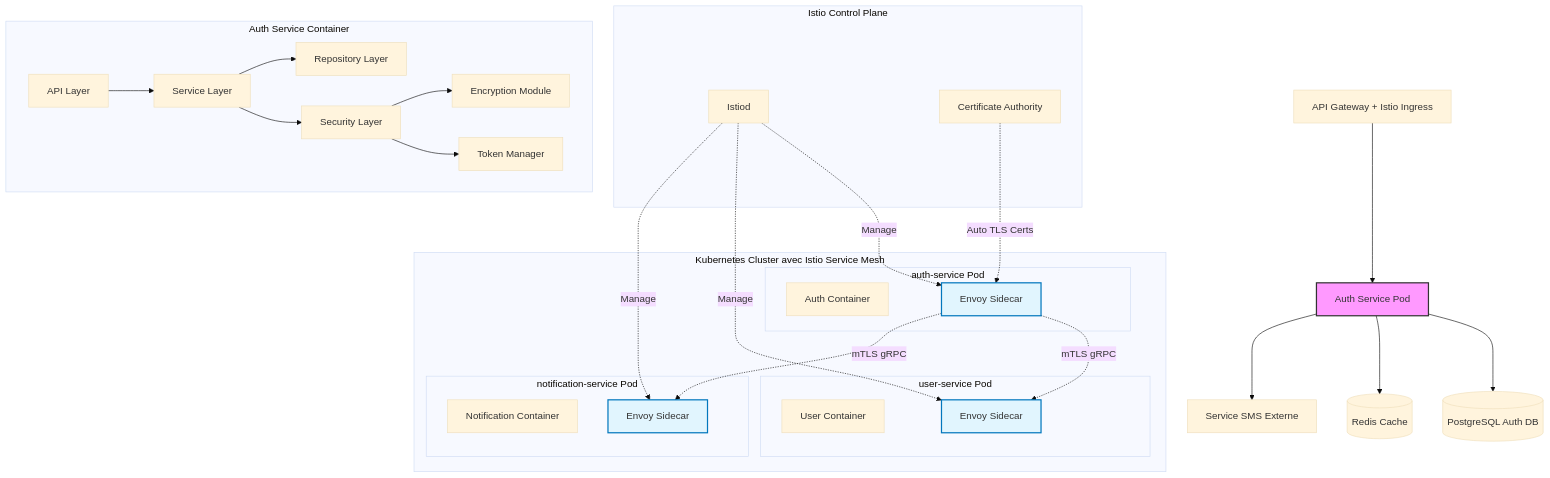
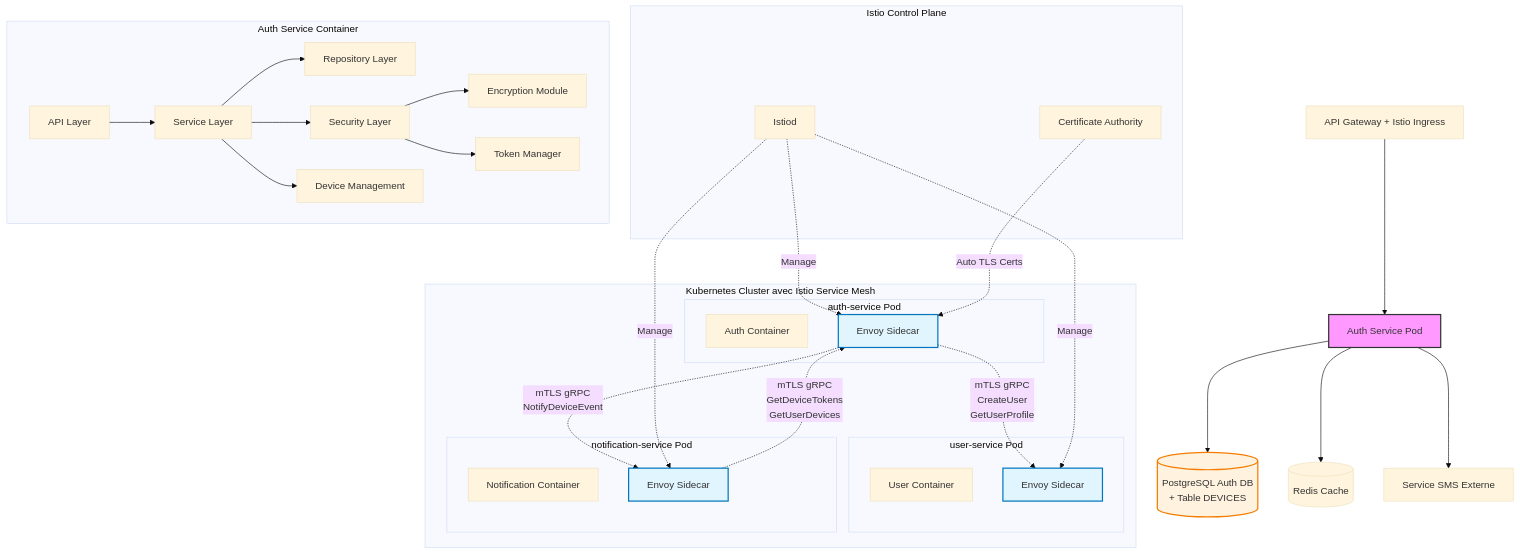
One commit to whispr-messenger/auth-service changed the diagram in documentation/1_architecture/1_system_design.md. Above: the diagram before and after it, drawn with Mermaid (base theme). The commit also changed other lines of this file and 4 other files, not shown here.

Commit message:
📝 Update devices data managed by auth service

````diff
--- a/documentation/1_architecture/1_system_design.md
+++ b/documentation/1_architecture/1_system_design.md
@@ -78,51 +79,54 @@
 ```mermaid
 graph TD
     A[API Gateway + Istio Ingress] --> B[Auth Service Pod]
     
     subgraph "Kubernetes Cluster avec Istio Service Mesh"
         subgraph "auth-service Pod"
             B1[Auth Container] 
             B2[Envoy Sidecar]
         end
         
         subgraph "user-service Pod"
             C1[User Container]
             C2[Envoy Sidecar]
         end
         
         subgraph "notification-service Pod"
             D1[Notification Container]
             D2[Envoy Sidecar]
         end
         
-        B2 -.->|mTLS gRPC| C2
-        B2 -.->|mTLS gRPC| D2
+        B2 -.->|"mTLS gRPC<br/>CreateUser<br/>GetUserProfile"| C2
+        D2 -.->|"mTLS gRPC<br/>GetDeviceTokens<br/>GetUserDevices"| B2
+        B2 -.->|"mTLS gRPC<br/>NotifyDeviceEvent"| D2
     end
     
-    B --> E[(PostgreSQL Auth DB)]
+    B --> E[(PostgreSQL Auth DB<br/>+ Table DEVICES)]
     B --> F[(Redis Cache)]
     B --> G[Service SMS Externe]
     
     subgraph "Istio Control Plane"
         H[Istiod]
         I[Certificate Authority]
     end
     
     subgraph "Auth Service Container"
         J[API Layer] --> K[Service Layer]
         K --> L[Repository Layer]
         K --> M[Security Layer]
+        K --> P[Device Management]
         M --> N[Encryption Module]
         M --> O[Token Manager]
     end
     
     H -.->|Manage| B2
     H -.->|Manage| C2
     H -.->|Manage| D2
     I -.->|Auto TLS Certs| B2
     
     style B fill:#f9f,stroke:#333,stroke-width:2px
     style B2 fill:#e1f5fe,stroke:#0277bd,stroke-width:2px
     style C2 fill:#e1f5fe,stroke:#0277bd,stroke-width:2px
     style D2 fill:#e1f5fe,stroke:#0277bd,stroke-width:2px
+    style E fill:#fff3e0,stroke:#f57c00,stroke-width:2px
 ```
````
